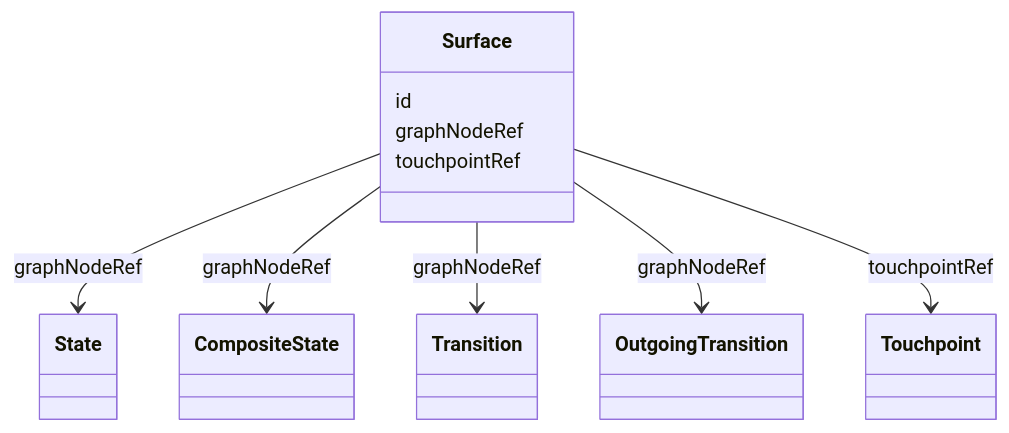
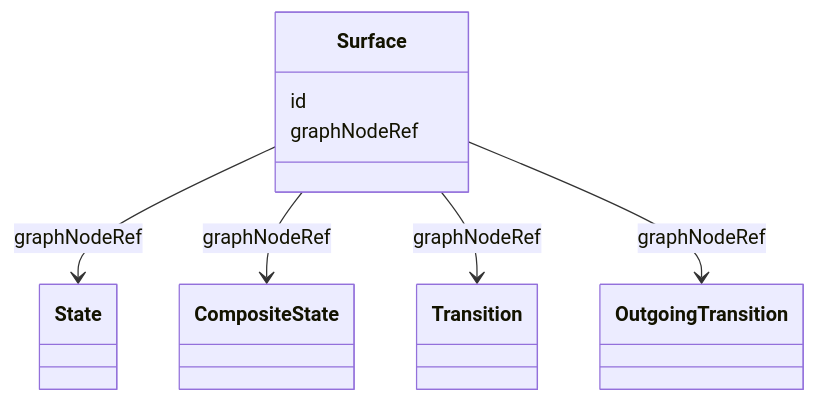
The third of 4 diagrams in specs/ed/surface/index.md (Bang2985/spec-ujg), drawn with Mermaid before and after one commit. The commit also changed other lines of this file and 92 other files, not shown here.

````diff
--- a/specs/ed/surface/index.md
+++ b/specs/ed/surface/index.md
@@ -77,18 +173,15 @@
 ```mermaid
 classDiagram
   class State
   class CompositeState
   class Transition
   class OutgoingTransition
-  class Touchpoint
   class Surface {
     id
     graphNodeRef
-    touchpointRef
   }
   Surface --> State : graphNodeRef
   Surface --> CompositeState : graphNodeRef
   Surface --> Transition : graphNodeRef
   Surface --> OutgoingTransition : graphNodeRef
-  Surface --> Touchpoint : touchpointRef
 ```
````
